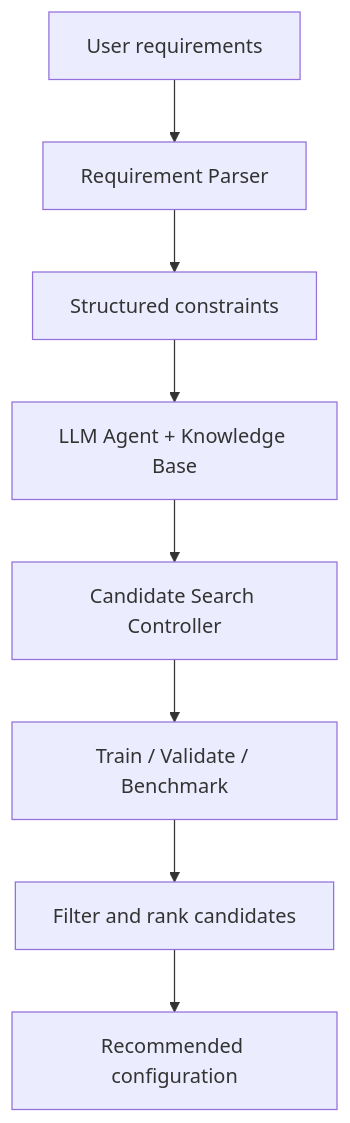
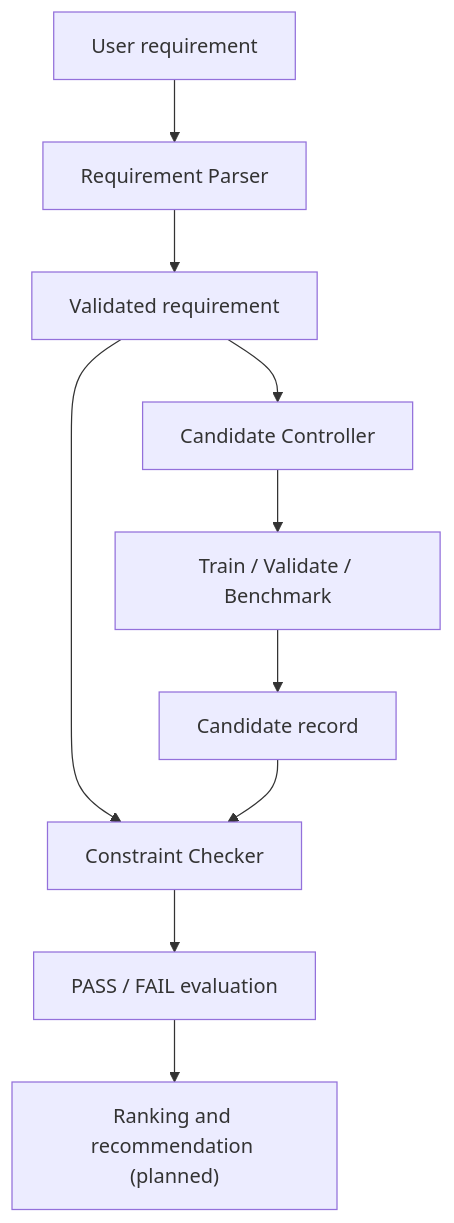
Before and after one commit to doquangminh03/EdgeNAS-Lite: the diagram in README.md, drawn with Mermaid. The commit also changed other lines of this file, not shown here.

Commit message:
Add standardized CPU benchmark and update documentation

````diff
--- a/README.md
+++ b/README.md
@@ -28,10 +41,12 @@
 ```mermaid
 flowchart TD
-    A["User requirements"] --> B["Requirement Parser"]
-    B --> C["Structured constraints"]
-    C --> D["LLM Agent + Knowledge Base"]
-    D --> E["Candidate Search Controller"]
-    E --> F["Train / Validate / Benchmark"]
-    F --> G["Filter and rank candidates"]
-    G --> H["Recommended configuration"]
+    A["User requirement"] --> B["Requirement Parser"]
+    B --> C["Validated requirement"]
+    C --> D["Candidate Controller"]
+    D --> E["Train / Validate / Benchmark"]
+    E --> F["Candidate record"]
+    C --> G["Constraint Checker"]
+    F --> G
+    G --> H["PASS / FAIL evaluation"]
+    H --> I["Ranking and recommendation (planned)"]
 ```
````
